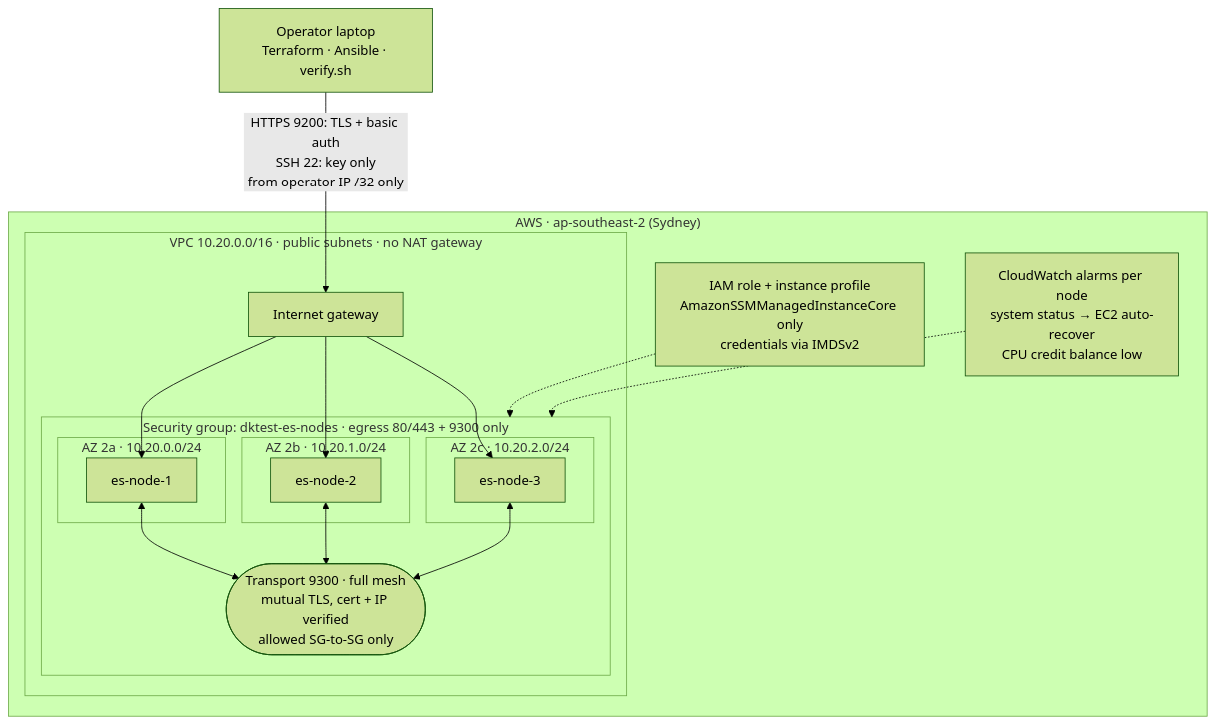
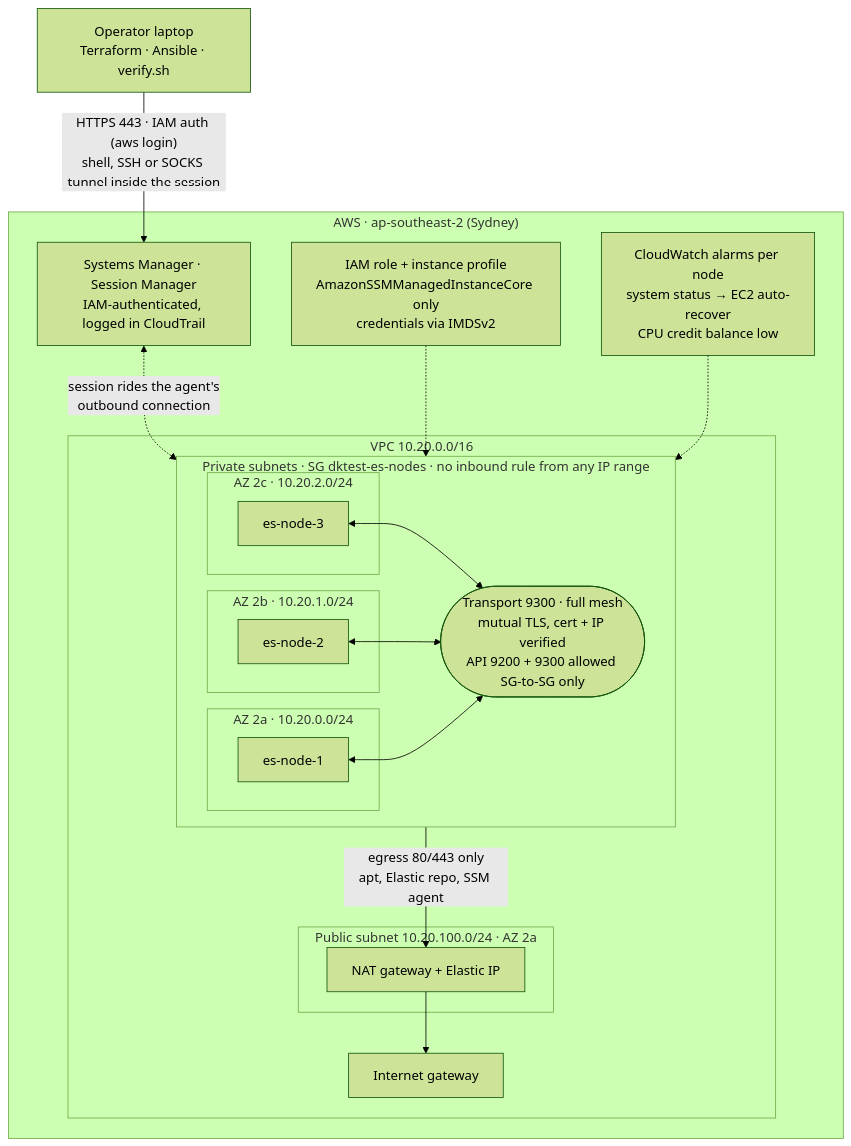
The first of 3 diagrams in README.md (mxibrahim/dktest), drawn with Mermaid (forest theme) before and after one commit. The commit also changed other lines of this file and 21 other files, not shown here.

First line of the commit message:
Move nodes to private subnets with NAT and SSM-only access

````diff
--- a/README.md
+++ b/README.md
@@ -34,30 +34,36 @@
 ```mermaid
 flowchart TB
   op["Operator laptop<br/>Terraform · Ansible · verify.sh"]
 
   subgraph aws["AWS · ap-southeast-2 (Sydney)"]
+    ssm["Systems Manager · Session Manager<br/>IAM-authenticated, logged in CloudTrail"]
     iam["IAM role + instance profile<br/>AmazonSSMManagedInstanceCore only<br/>credentials via IMDSv2"]
     cw["CloudWatch alarms per node<br/>system status → EC2 auto-recover<br/>CPU credit balance low"]
-    subgraph vpc["VPC 10.20.0.0/16 · public subnets · no NAT gateway"]
+    subgraph vpc["VPC 10.20.0.0/16"]
       igw["Internet gateway"]
-      subgraph sg["Security group: dktest-es-nodes · egress 80/443 + 9300 only"]
+      subgraph pub["Public subnet 10.20.100.0/24 · AZ 2a"]
+        nat["NAT gateway + Elastic IP"]
+      end
+      subgraph sg["Private subnets · SG dktest-es-nodes · no inbound rule from any IP range"]
         subgraph az1["AZ 2a · 10.20.0.0/24"]
           n1["es-node-1"]
         end
         subgraph az2["AZ 2b · 10.20.1.0/24"]
           n2["es-node-2"]
         end
         subgraph az3["AZ 2c · 10.20.2.0/24"]
           n3["es-node-3"]
         end
-        mesh(["Transport 9300 · full mesh<br/>mutual TLS, cert + IP verified<br/>allowed SG-to-SG only"])
+        mesh(["Transport 9300 · full mesh<br/>mutual TLS, cert + IP verified<br/>API 9200 + 9300 allowed SG-to-SG only"])
       end
     end
   end
 
-  op -- "HTTPS 9200: TLS + basic auth<br/>SSH 22: key only<br/>from operator IP /32 only" --> igw
-  igw --> n3 & n2 & n1
+  op -- "HTTPS 443 · IAM auth (aws login)<br/>shell, SSH or SOCKS tunnel inside the session" --> ssm
+  ssm <-. "session rides the agent's<br/>outbound connection" .-> sg
   n3 & n2 & n1 <--> mesh
+  sg -- "egress 80/443 only<br/>apt, Elastic repo, SSM agent" --> nat
+  nat --> igw
   iam -.-> sg
   cw -.-> sg
 ```
````
